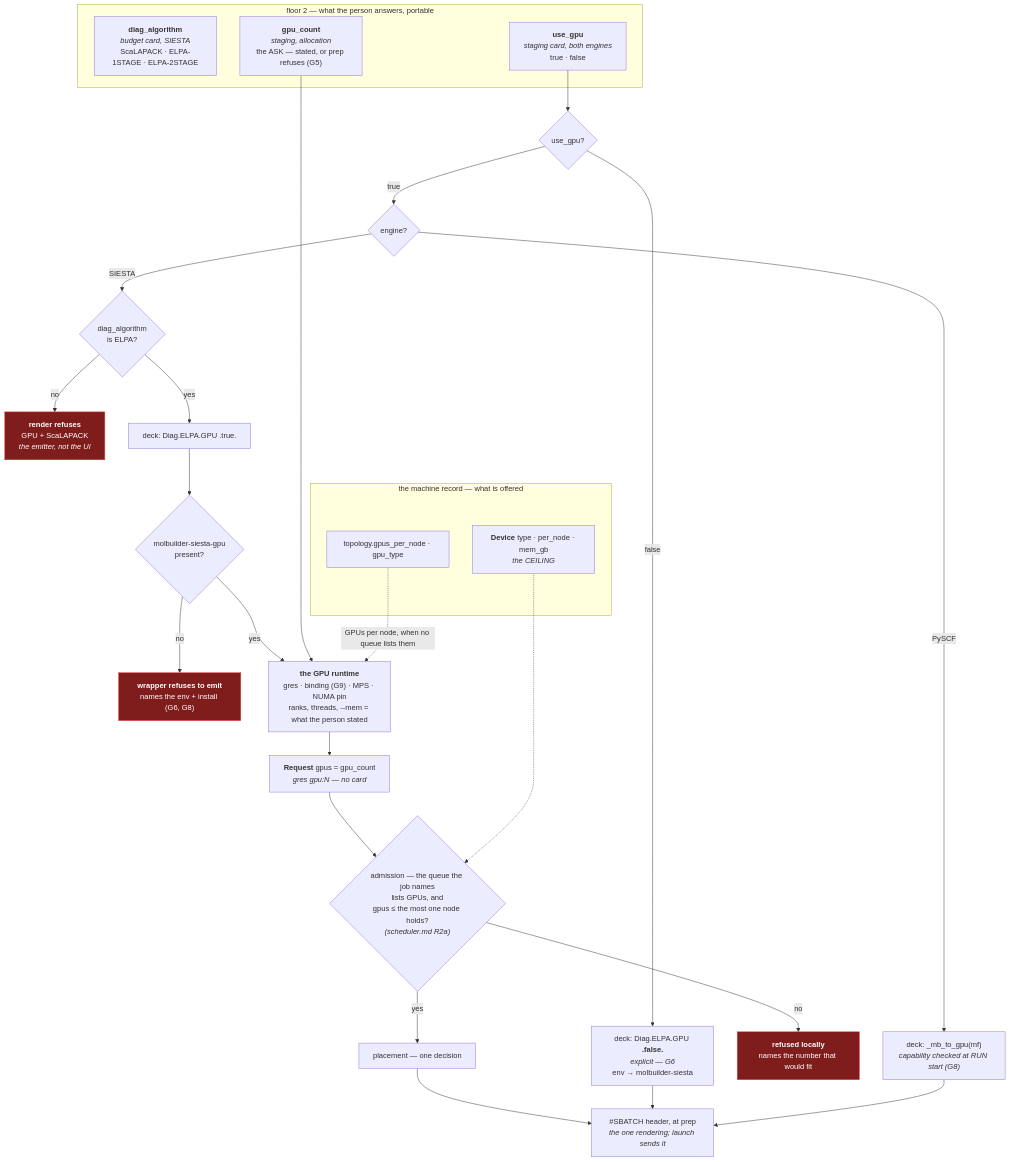
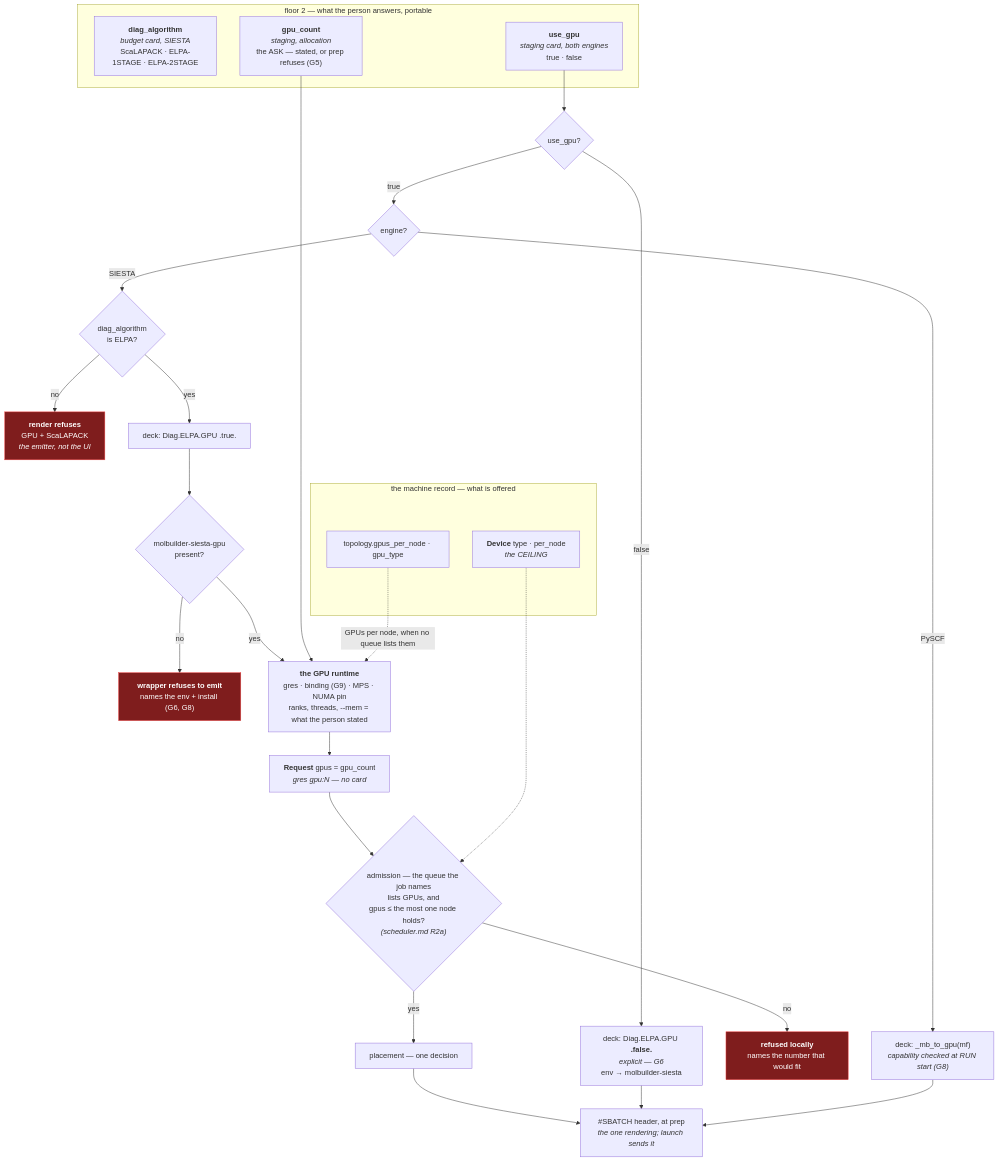
One commit to Qing-LAB/molbuilder changed the diagram in docs/execution/gpu.md. Above: the diagram before and after it, drawn with Mermaid. The commit also changed other lines of this file and 19 other files, not shown here.

````diff
--- a/docs/execution/gpu.md
+++ b/docs/execution/gpu.md
@@ -206,42 +202,42 @@
 ```mermaid
 flowchart TB
     subgraph ASK["floor 2 — what the person answers, portable"]
         SOLVER["<b>diag_algorithm</b><br/><i>budget card, SIESTA</i><br/>ScaLAPACK · ELPA-1STAGE · ELPA-2STAGE"]
         WANT["<b>use_gpu</b><br/><i>staging card, both engines</i><br/>true · false"]
         COUNT["<b>gpu_count</b><br/><i>staging, allocation</i><br/>the ASK — stated, or prep refuses (G5)"]
     end
 
     subgraph MACH["the machine record — what is offered"]
-        DEV["<b>Device</b> type · per_node · mem_gb<br/><i>the CEILING</i>"]
+        DEV["<b>Device</b> type · per_node<br/><i>the CEILING</i>"]
         TOPO["topology.gpus_per_node · gpu_type"]
     end
 
     WANT --> Q1{"use_gpu?"}
     Q1 -->|false| CPU["deck: Diag.ELPA.GPU <b>.false.</b><br/><i>explicit — G6</i><br/>env → molbuilder-siesta"]
     Q1 -->|true| Q2{"engine?"}
 
     Q2 -->|SIESTA| Q3{"diag_algorithm<br/>is ELPA?"}
     Q3 -->|no| REFUSE1["<b>render refuses</b><br/>GPU + ScaLAPACK<br/><i>the emitter, not the UI</i>"]
     Q3 -->|yes| DECK["deck: Diag.ELPA.GPU .true."]
     Q2 -->|PySCF| PYDECK["deck: _mb_to_gpu(mf)<br/><i>capability checked at RUN start (G8)</i>"]
 
     DECK --> ENV{"molbuilder-siesta-gpu<br/>present?"}
     ENV -->|no| REFUSE2["<b>wrapper refuses to emit</b><br/>names the env + install (G6, G8)"]
     ENV -->|yes| RT["<b>the GPU runtime</b><br/>gres · binding (G9) · MPS · NUMA pin<br/>ranks, threads, --mem = what the person stated"]
 
     COUNT --> RT
     TOPO -.->|"GPUs per node, when no queue lists them"| RT
     RT --> REQ["<b>Request</b> gpus = gpu_count<br/><i>gres gpu:N — no card</i>"]
 
     REQ --> ADMIT{"admission — the queue the job names<br/>lists GPUs, and<br/>gpus ≤ the most one node holds?<br/><i>(scheduler.md R2a)</i>"}
     DEV -.-> ADMIT
     ADMIT -->|no| REFUSE3["<b>refused locally</b><br/>names the number that would fit"]
     ADMIT -->|yes| PLACE["placement — one decision"]
     PLACE --> OUT["#SBATCH header, at prep<br/><i>the one rendering; launch sends it</i>"]
 
     CPU --> OUT
     PYDECK --> OUT
 
     classDef refuse fill:#7f1d1d,stroke:#ef4444,color:#fff
     class REFUSE1,REFUSE2,REFUSE3 refuse
 ```
````
